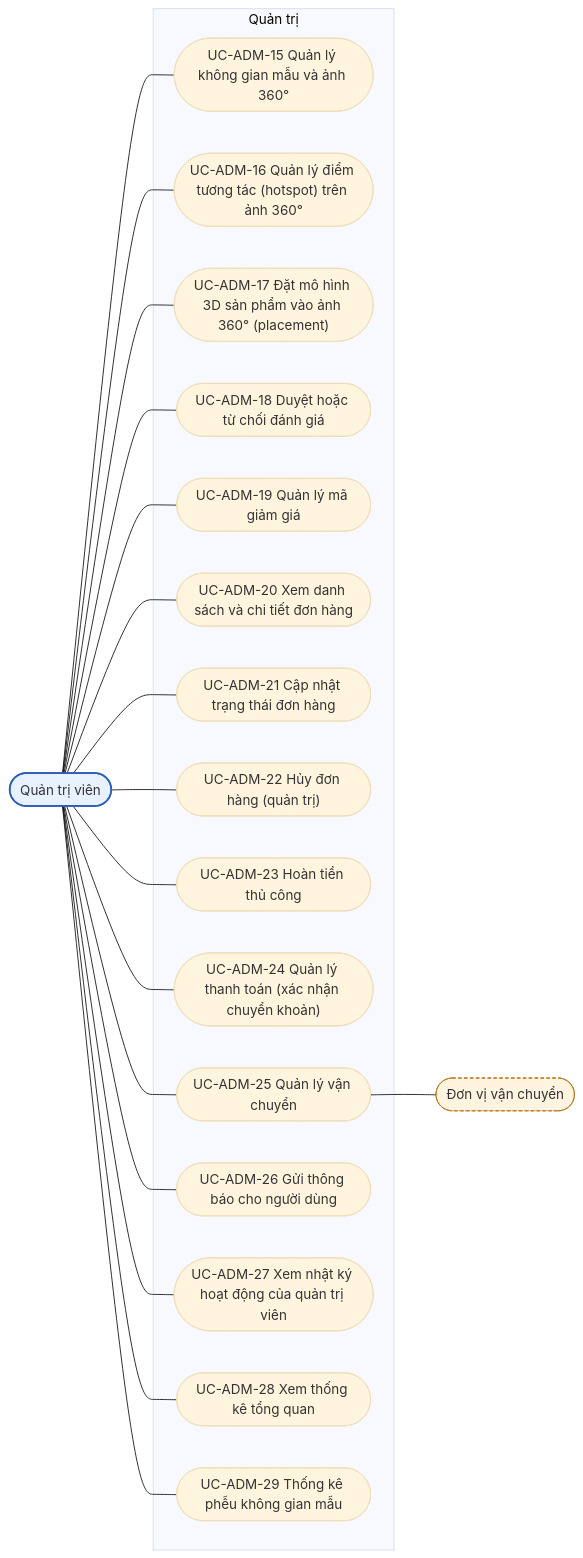
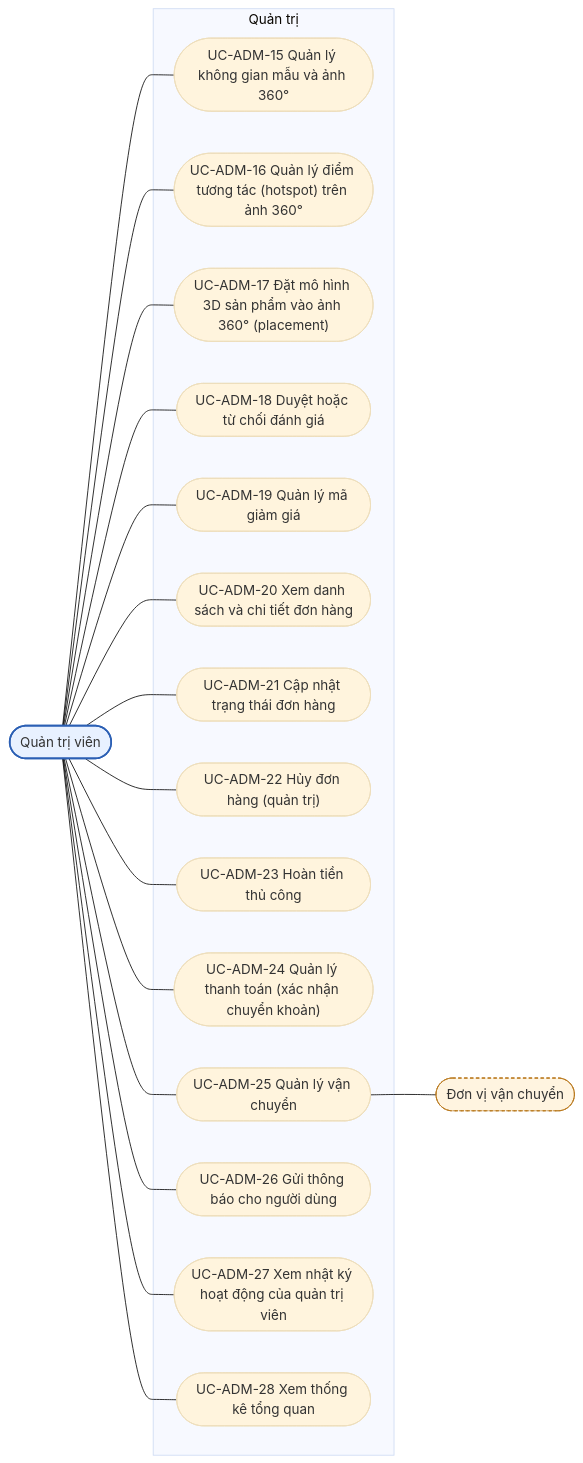
The fifth of 13 diagrams in docs/DAC_TA_CHUC_NANG_THEO_VAI_TRO.md (2431540234-arch/XDUDTMDT), drawn with Mermaid (base theme) before and after one commit. The commit also changed other lines of this file and 19 other files, not shown here.

First line of the commit message:
docs: cập nhật tài liệu theo schema 32 bảng

````diff
--- a/docs/DAC_TA_CHUC_NANG_THEO_VAI_TRO.md
+++ b/docs/DAC_TA_CHUC_NANG_THEO_VAI_TRO.md
@@ -560,40 +524,38 @@
 ```mermaid
 flowchart LR
     A(["Quản trị viên"]):::actor
     SH(["Đơn vị vận chuyển"]):::ext
     subgraph SG_ADM["Quản trị"]
         UC_ADM_15(["UC-ADM-15 Quản lý không gian mẫu và ảnh 360°"])
         UC_ADM_16(["UC-ADM-16 Quản lý điểm tương tác (hotspot) trên ảnh 360°"])
         UC_ADM_17(["UC-ADM-17 Đặt mô hình 3D sản phẩm vào ảnh 360° (placement)"])
         UC_ADM_18(["UC-ADM-18 Duyệt hoặc từ chối đánh giá"])
         UC_ADM_19(["UC-ADM-19 Quản lý mã giảm giá"])
         UC_ADM_20(["UC-ADM-20 Xem danh sách và chi tiết đơn hàng"])
         UC_ADM_21(["UC-ADM-21 Cập nhật trạng thái đơn hàng"])
         UC_ADM_22(["UC-ADM-22 Hủy đơn hàng (quản trị)"])
         UC_ADM_23(["UC-ADM-23 Hoàn tiền thủ công"])
         UC_ADM_24(["UC-ADM-24 Quản lý thanh toán (xác nhận chuyển khoản)"])
         UC_ADM_25(["UC-ADM-25 Quản lý vận chuyển"])
         UC_ADM_26(["UC-ADM-26 Gửi thông báo cho người dùng"])
         UC_ADM_27(["UC-ADM-27 Xem nhật ký hoạt động của quản trị viên"])
         UC_ADM_28(["UC-ADM-28 Xem thống kê tổng quan"])
-        UC_ADM_29(["UC-ADM-29 Thống kê phễu không gian mẫu"])
     end
     A --- UC_ADM_15
     A --- UC_ADM_16
     A --- UC_ADM_17
     A --- UC_ADM_18
     A --- UC_ADM_19
     A --- UC_ADM_20
     A --- UC_ADM_21
     A --- UC_ADM_22
     A --- UC_ADM_23
     A --- UC_ADM_24
     A --- UC_ADM_25
     A --- UC_ADM_26
     A --- UC_ADM_27
     A --- UC_ADM_28
-    A --- UC_ADM_29
     UC_ADM_25 --- SH
     classDef actor fill:#e8f1ff,stroke:#2b5fb4,stroke-width:2px
     classDef ext fill:#fff4e0,stroke:#b8761a,stroke-dasharray: 4 3
 ```
````
